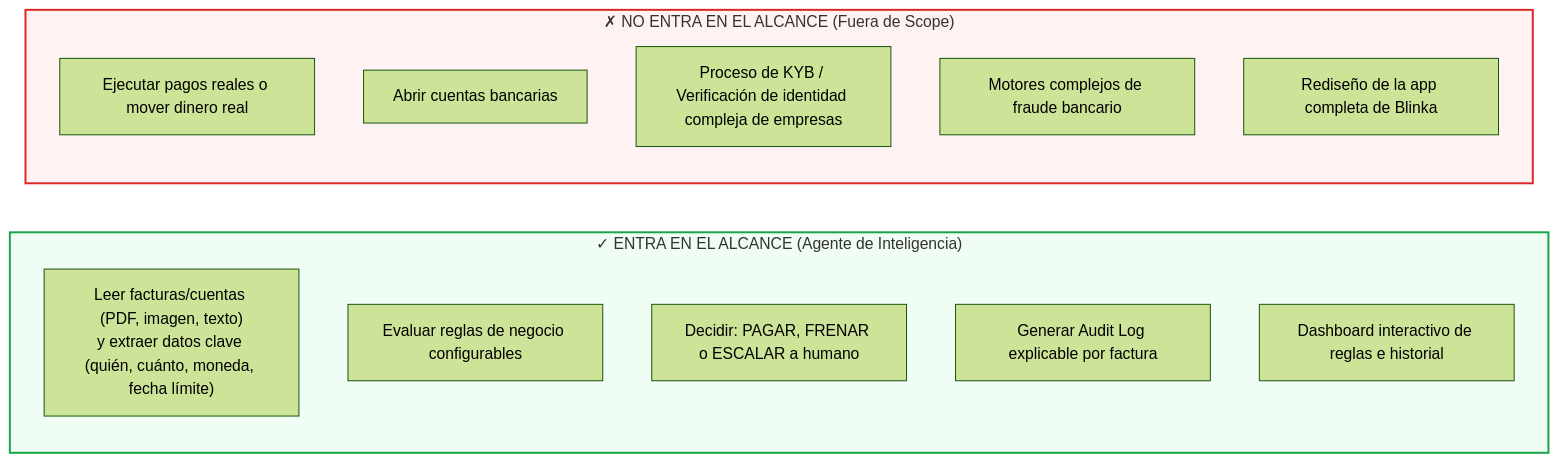
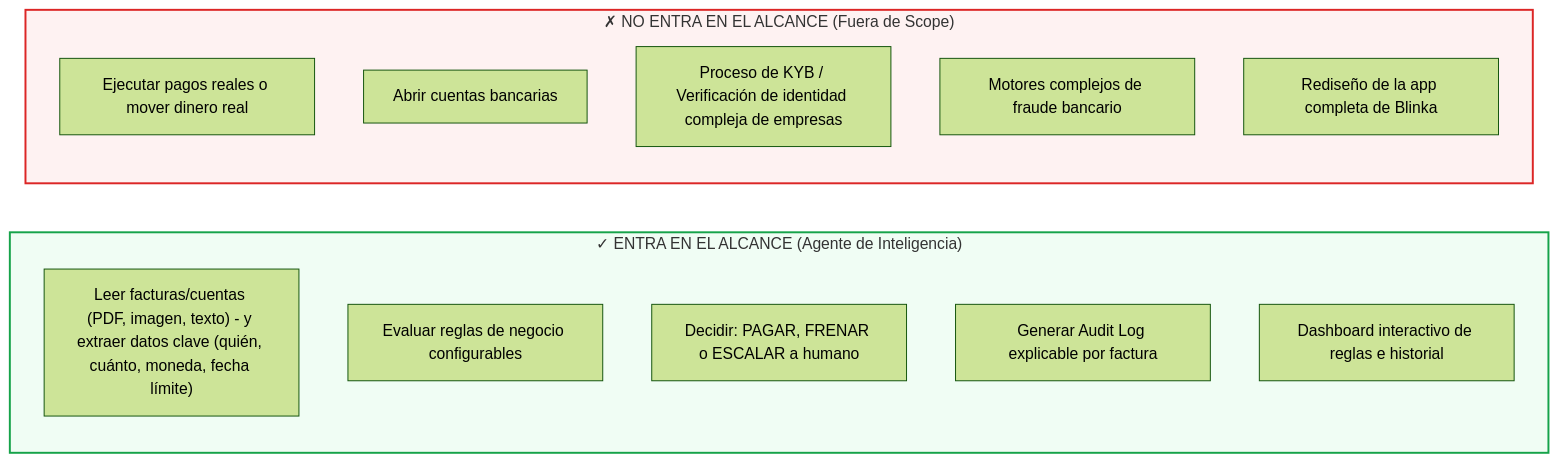
The first of 2 diagrams in docs/reglas-negocio/reglas_pago_agente_v3.md (Oriojas/30X_404_team), drawn with Mermaid (forest theme) before and after one commit. The commit also changed other lines of this file and 6 other files, not shown here.

First line of the commit message:
fix: corregir sintaxis de diagramas mermaid y eliminar etiquetas html visibles

````diff
--- a/docs/reglas-negocio/reglas_pago_agente_v3.md
+++ b/docs/reglas-negocio/reglas_pago_agente_v3.md
@@ -10,23 +10,23 @@
 ```mermaid
 flowchart LR
     subgraph InScope ["✓ ENTRA EN EL ALCANCE (Agente de Inteligencia)"]
         direction TB
-        I1["Leer facturas/cuentas (PDF, imagen, texto)<br/>y extraer datos clave (quién, cuánto, moneda, fecha límite)"]
+        I1["Leer facturas/cuentas (PDF, imagen, texto) - y extraer datos clave (quién, cuánto, moneda, fecha límite)"]
         I2["Evaluar reglas de negocio configurables"]
         I3["Decidir: PAGAR, FRENAR o ESCALAR a humano"]
         I4["Generar Audit Log explicable por factura"]
         I5["Dashboard interactivo de reglas e historial"]
     end
 
     subgraph OutScope ["✗ NO ENTRA EN EL ALCANCE (Fuera de Scope)"]
         direction TB
         O1["Ejecutar pagos reales o mover dinero real"]
         O2["Abrir cuentas bancarias"]
         O3["Proceso de KYB / Verificación de identidad compleja de empresas"]
         O4["Motores complejos de fraude bancario"]
         O5["Rediseño de la app completa de Blinka"]
     end
 
     style InScope fill:#f0fdf4,stroke:#16a34a,stroke-width:2px
     style OutScope fill:#fef2f2,stroke:#dc2626,stroke-width:2px
 ```
````
